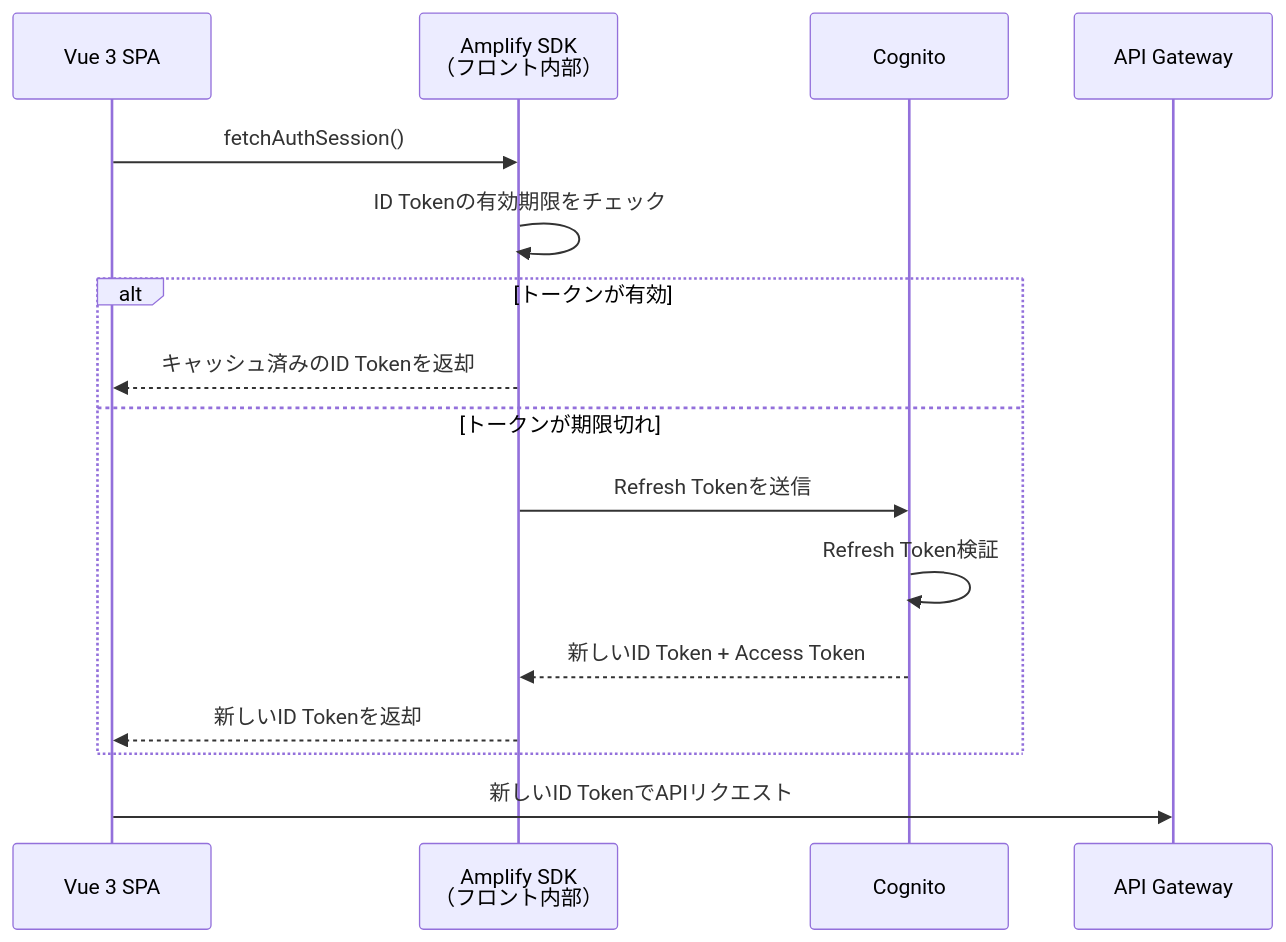
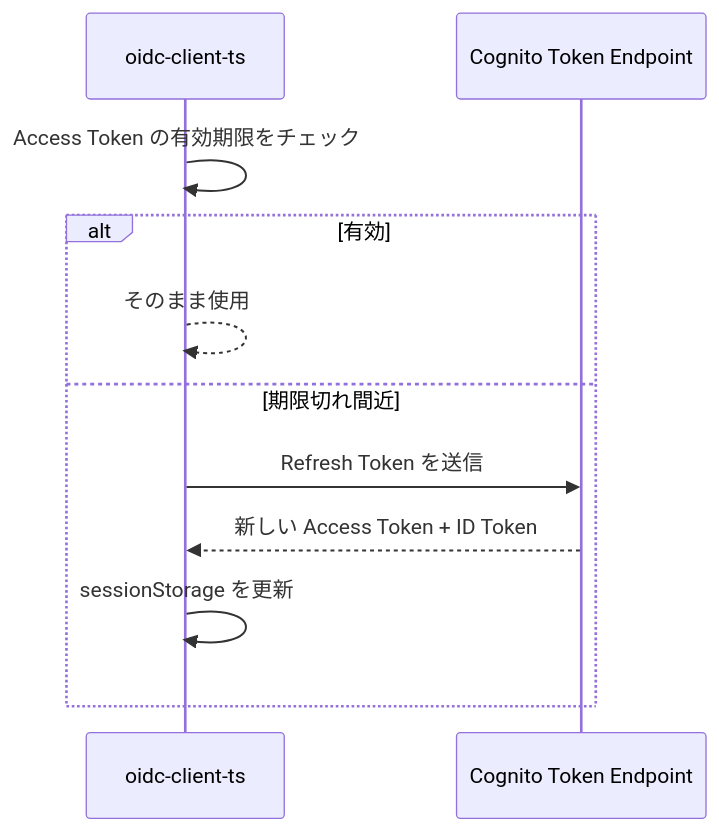
Before and after one commit to h-akira/ShogiProject2: the sixth of 8 diagrams in docs/support/cognito-auth-guide.md, drawn with Mermaid. The commit also changed other lines of this file and 5 other files, not shown here.

First line of the commit message:
Update auth to Cognito Managed Login + oidc-client-ts and restructure project layout

````diff
--- a/docs/support/cognito-auth-guide.md
+++ b/docs/support/cognito-auth-guide.md
@@ -141,21 +129,15 @@
 ```mermaid
 sequenceDiagram
-  participant Vue as Vue 3 SPA
-  participant Amplify as Amplify SDK<br/>（フロント内部）
-  participant Cognito as Cognito
-  participant APIGW as API Gateway
+  participant OIDC as oidc-client-ts
+  participant Token as Cognito Token Endpoint
 
-  Vue->>Amplify: fetchAuthSession()
-  Amplify->>Amplify: ID Tokenの有効期限をチェック
+  OIDC->>OIDC: Access Token の有効期限をチェック
 
-  alt トークンが有効
-    Amplify-->>Vue: キャッシュ済みのID Tokenを返却
-  else トークンが期限切れ
-    Amplify->>Cognito: Refresh Tokenを送信
-    Cognito->>Cognito: Refresh Token検証
-    Cognito-->>Amplify: 新しいID Token + Access Token
-    Amplify-->>Vue: 新しいID Tokenを返却
+  alt 有効
+    OIDC-->>OIDC: そのまま使用
+  else 期限切れ間近
+    OIDC->>Token: Refresh Token を送信
+    Token-->>OIDC: 新しい Access Token + ID Token
+    OIDC->>OIDC: sessionStorage を更新
   end
-
-  Vue->>APIGW: 新しいID TokenでAPIリクエスト
 ```
````
